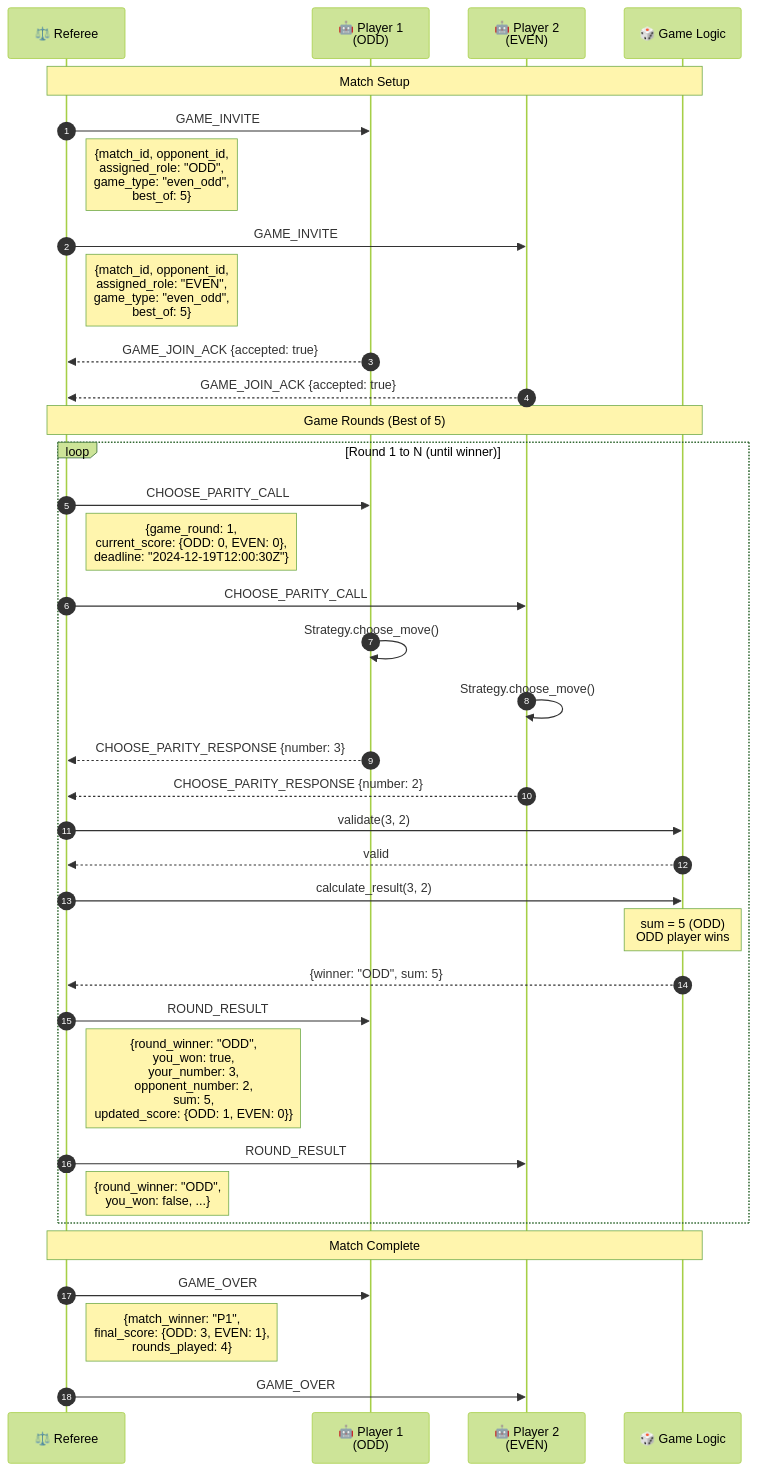
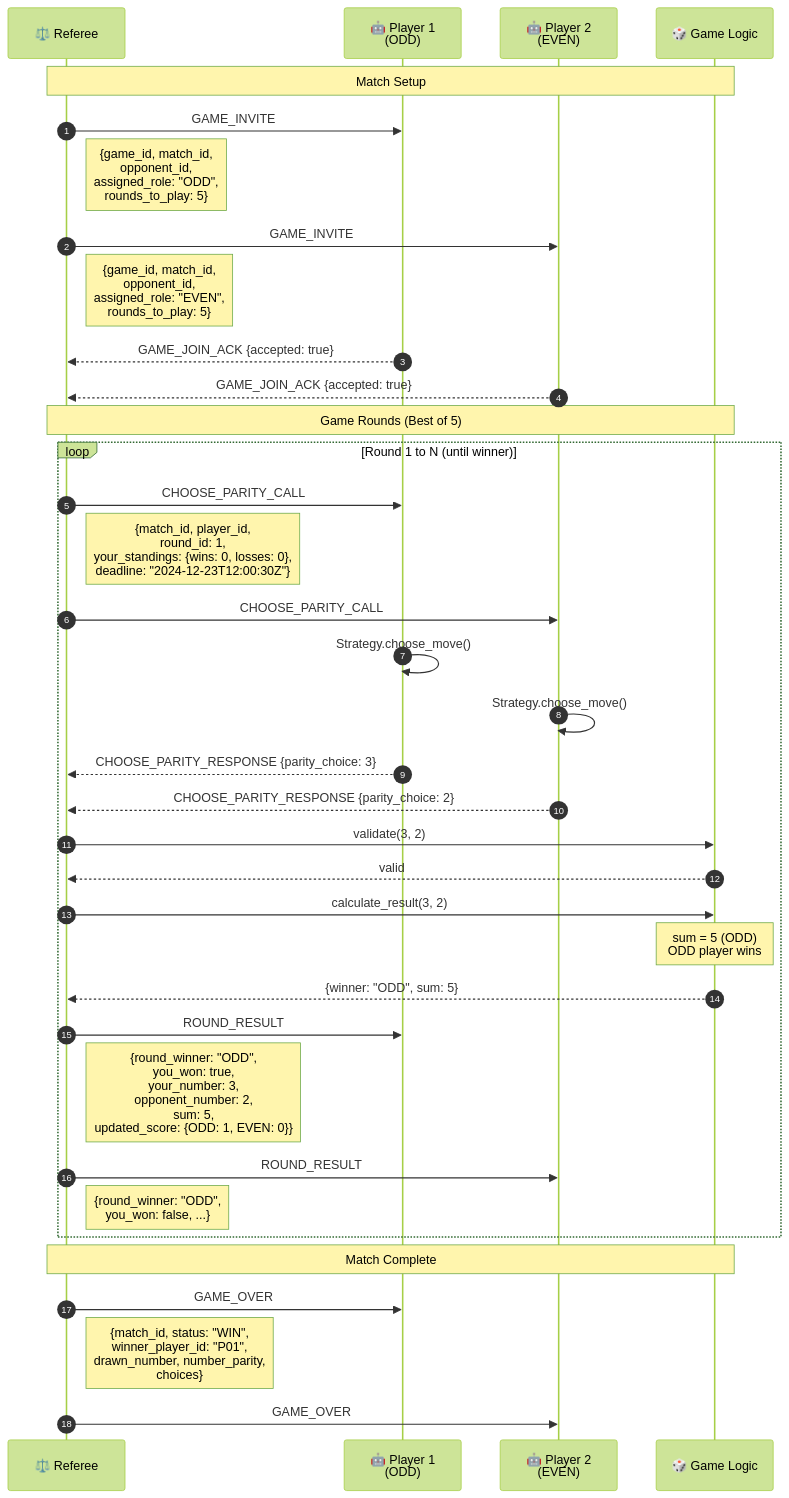
Before and after one commit to fouada/Assignment7_mcp-multi-agent-game: the seventh of 19 diagrams in README.md, drawn with Mermaid (forest theme). The commit also changed other lines of this file and 2 other files, not shown here.

````diff
--- a/README.md
+++ b/README.md
@@ -471,54 +474,54 @@
 ```mermaid
 sequenceDiagram
     autonumber
     participant REF as ⚖️ Referee
     participant P1 as 🤖 Player 1<br/>(ODD)
     participant P2 as 🤖 Player 2<br/>(EVEN)
     participant GAME as 🎲 Game Logic
     
     Note over REF,GAME: Match Setup
     
     REF->>P1: GAME_INVITE
-    Note right of REF: {match_id, opponent_id,<br/>assigned_role: "ODD",<br/>game_type: "even_odd",<br/>best_of: 5}
+    Note right of REF: {game_id, match_id,<br/>opponent_id,<br/>assigned_role: "ODD",<br/>rounds_to_play: 5}
     
     REF->>P2: GAME_INVITE
-    Note right of REF: {match_id, opponent_id,<br/>assigned_role: "EVEN",<br/>game_type: "even_odd",<br/>best_of: 5}
+    Note right of REF: {game_id, match_id,<br/>opponent_id,<br/>assigned_role: "EVEN",<br/>rounds_to_play: 5}
     
     P1-->>REF: GAME_JOIN_ACK {accepted: true}
     P2-->>REF: GAME_JOIN_ACK {accepted: true}
     
     Note over REF,GAME: Game Rounds (Best of 5)
     
     loop Round 1 to N (until winner)
         REF->>P1: CHOOSE_PARITY_CALL
-        Note right of REF: {game_round: 1,<br/>current_score: {ODD: 0, EVEN: 0},<br/>deadline: "2024-12-19T12:00:30Z"}
+        Note right of REF: {match_id, player_id,<br/>round_id: 1,<br/>your_standings: {wins: 0, losses: 0},<br/>deadline: "2024-12-23T12:00:30Z"}
         
         REF->>P2: CHOOSE_PARITY_CALL
         
         P1->>P1: Strategy.choose_move()
         P2->>P2: Strategy.choose_move()
         
-        P1-->>REF: CHOOSE_PARITY_RESPONSE {number: 3}
-        P2-->>REF: CHOOSE_PARITY_RESPONSE {number: 2}
+        P1-->>REF: CHOOSE_PARITY_RESPONSE {parity_choice: 3}
+        P2-->>REF: CHOOSE_PARITY_RESPONSE {parity_choice: 2}
         
         REF->>GAME: validate(3, 2)
         GAME-->>REF: valid
         
         REF->>GAME: calculate_result(3, 2)
         Note over GAME: sum = 5 (ODD)<br/>ODD player wins
         GAME-->>REF: {winner: "ODD", sum: 5}
         
         REF->>P1: ROUND_RESULT
         Note right of REF: {round_winner: "ODD",<br/>you_won: true,<br/>your_number: 3,<br/>opponent_number: 2,<br/>sum: 5,<br/>updated_score: {ODD: 1, EVEN: 0}}
         
         REF->>P2: ROUND_RESULT
         Note right of REF: {round_winner: "ODD",<br/>you_won: false, ...}
     end
     
     Note over REF,GAME: Match Complete
     
     REF->>P1: GAME_OVER
-    Note right of REF: {match_winner: "P1",<br/>final_score: {ODD: 3, EVEN: 1},<br/>rounds_played: 4}
+    Note right of REF: {match_id, status: "WIN",<br/>winner_player_id: "P01",<br/>drawn_number, number_parity,<br/>choices}
     
     REF->>P2: GAME_OVER
 ```
````
